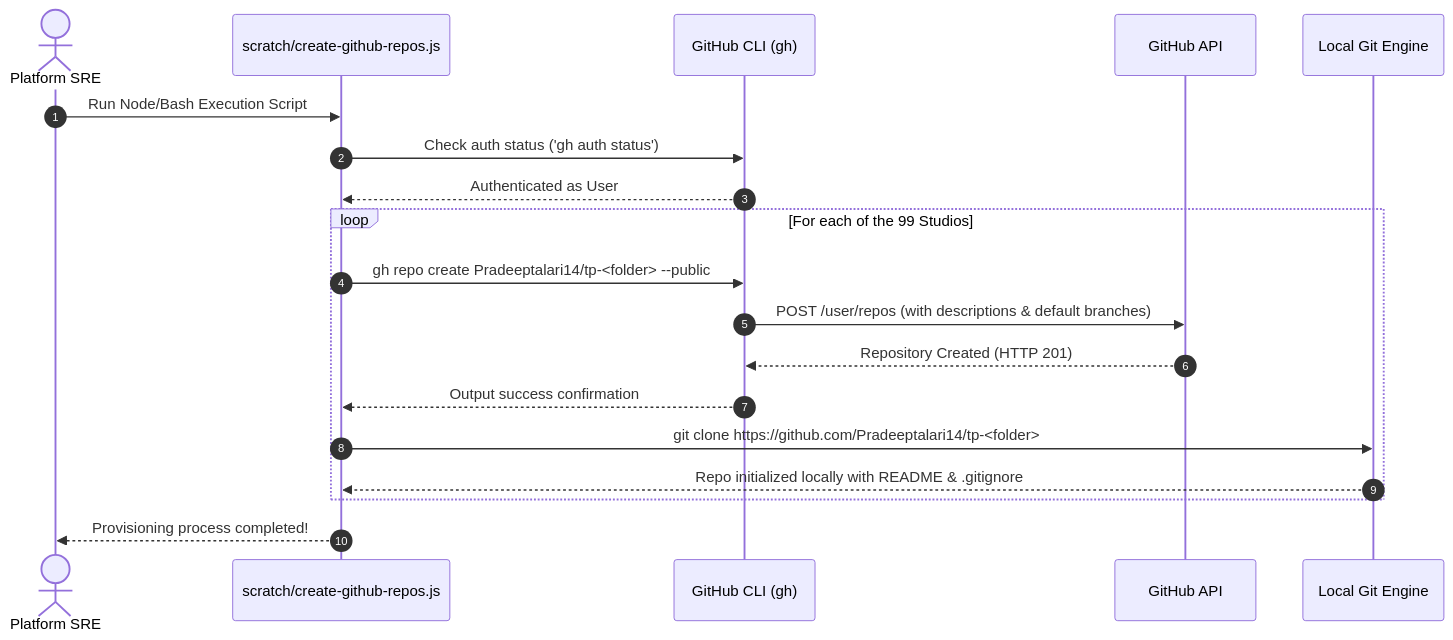
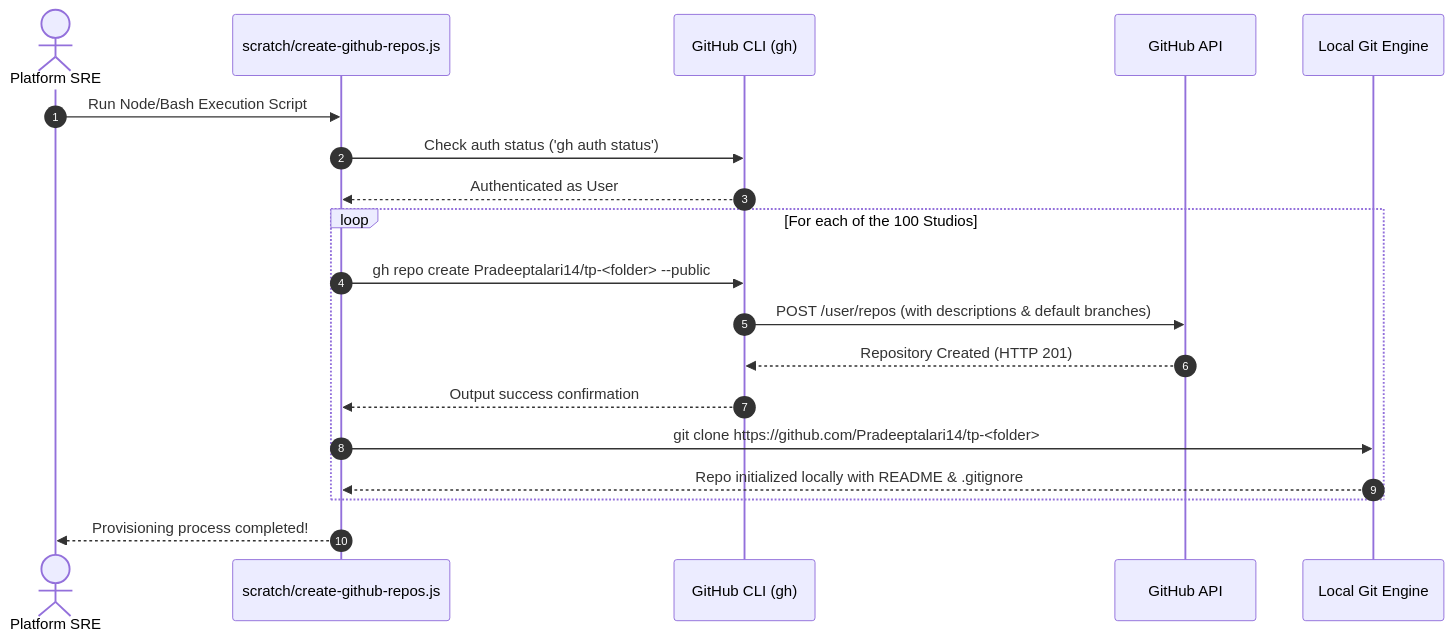
One commit to Pradeeptalari14/portfolio changed the first of 2 diagrams in GITHUB_PROVISIONING_GUIDE.md. Above: the diagram before and after it, drawn with Mermaid. The commit also changed other lines of this file and 9 other files, not shown here.

````diff
--- a/GITHUB_PROVISIONING_GUIDE.md
+++ b/GITHUB_PROVISIONING_GUIDE.md
@@ -25,22 +25,22 @@
 ```mermaid
 sequenceDiagram
     autonumber
     actor Engineer as Platform SRE
     participant Script as scratch/create-github-repos.js
     participant gh as GitHub CLI (gh)
     participant API as GitHub API
     participant Git as Local Git Engine
 
     Engineer->>Script: Run Node/Bash Execution Script
     Script->>gh: Check auth status ('gh auth status')
     gh-->>Script: Authenticated as User
-    loop For each of the 99 Studios
+    loop For each of the 100 Studios
         Script->>gh: gh repo create Pradeeptalari14/tp-<folder> --public
         gh->>API: POST /user/repos (with descriptions & default branches)
         API-->>gh: Repository Created (HTTP 201)
         gh-->>Script: Output success confirmation
         Script->>Git: git clone https://github.com/Pradeeptalari14/tp-<folder>
         Git-->>Script: Repo initialized locally with README & .gitignore
     end
     Script-->>Engineer: Provisioning process completed!
 ```
````
